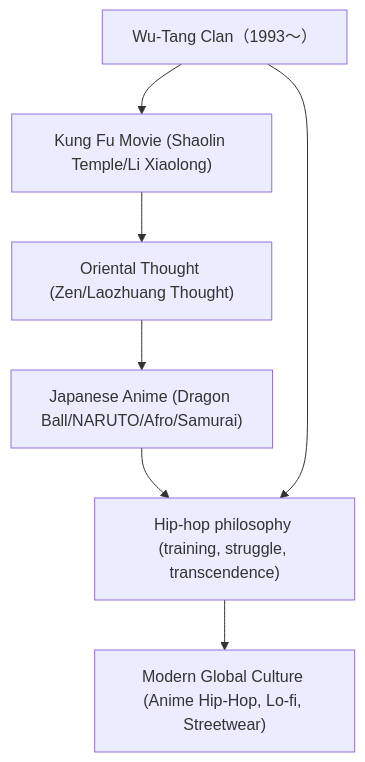
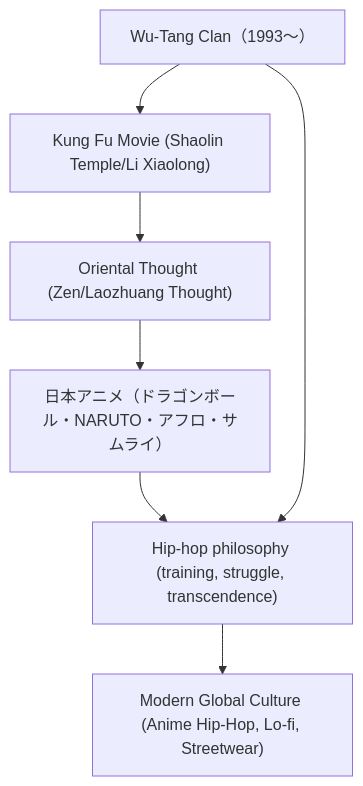
One commit to monumental-movement/monumental-movement.github.io changed the second of 2 diagrams in en/_posts/2025-10-26-column-wu-tang-clan-anime.md. Above: the diagram before and after it, drawn with Mermaid. The commit also changed other lines of this file and 252 other files, not shown here.

```diff
--- a/en/_posts/2025-10-26-column-wu-tang-clan-anime.md
+++ b/en/_posts/2025-10-26-column-wu-tang-clan-anime.md
@@ -162,19 +162,19 @@
 <div class="mermaid">
 
 flowchart TD
     A["Wu-Tang Clan（1993〜）"]
     B["Kung Fu Movie (Shaolin Temple/Li Xiaolong)"]
     C["Oriental Thought (Zen/Laozhuang Thought)"]
-    D["Japanese Anime (Dragon Ball/NARUTO/Afro/Samurai)"]
+    D["日本アニメ（ドラゴンボール・NARUTO・アフロ・サムライ）"]
     E["Hip-hop philosophy (training, struggle, transcendence)"]
     F["Modern Global Culture (Anime Hip-Hop, Lo-fi, Streetwear)"]
 
     A --> B
     B --> C
     C --> D
     D --> E
     A --> E
     E --> F
 
 
 </div>
```
